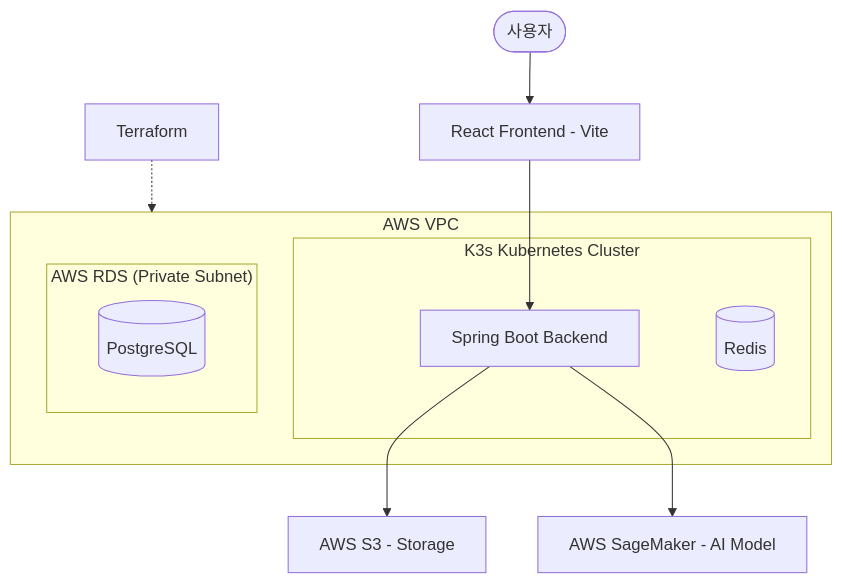
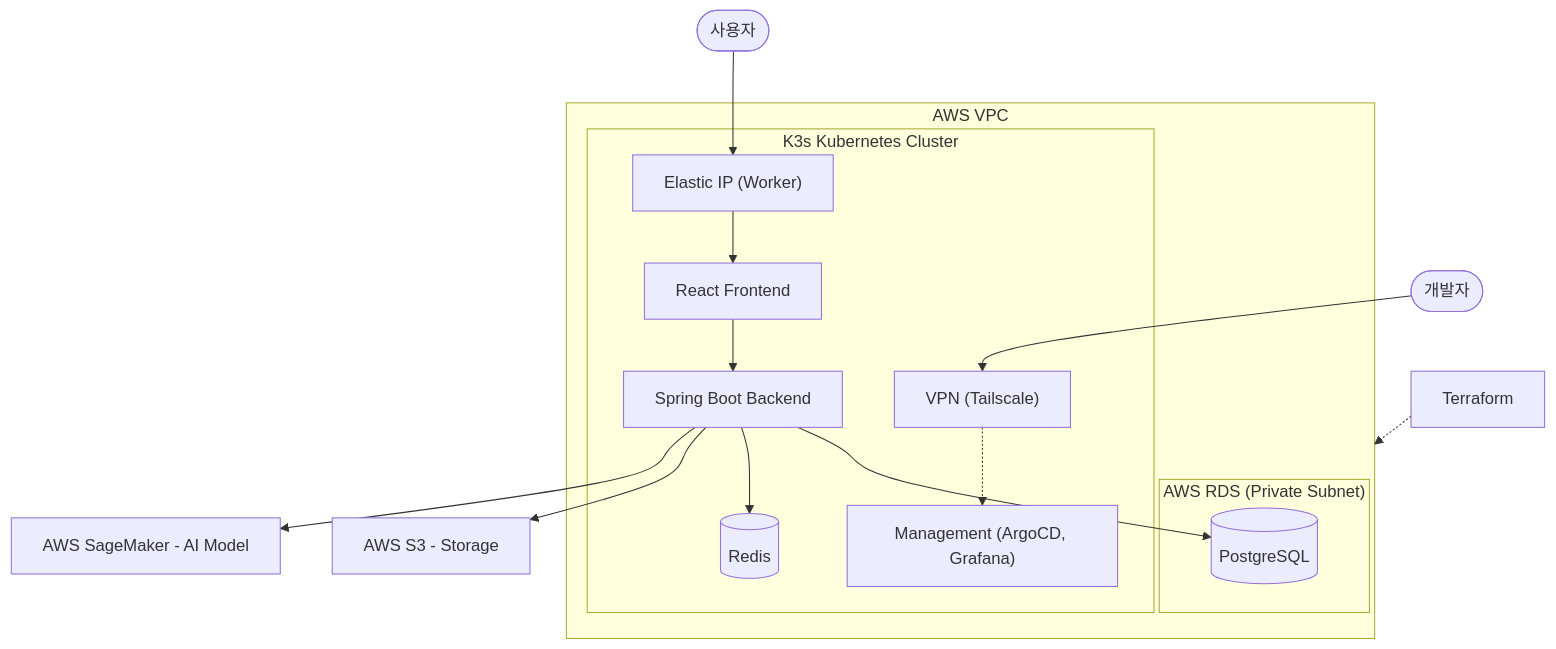
Before and after one commit to woosung142/Gloc-key: the diagram in README.md, drawn with Mermaid.

Commit message:
docs: 시스템 워크플로우 수정

````diff
--- a/README.md
+++ b/README.md
@@ -11,21 +11,26 @@
 ```mermaid
 graph TD
-    User([사용자]) --> Frontend[React Frontend - Vite]
-    Frontend --> API[Spring Boot Backend]
+    User([사용자]) --> EIP["Elastic IP (Worker)"]
+    Developer([개발자]) --> VPN["VPN (Tailscale)"]
     
     subgraph AWS_VPC["AWS VPC"]
         subgraph K3s_Cluster["K3s Kubernetes Cluster"]
-            API
+            EIP --> Frontend[React Frontend]
+            Frontend --> API[Spring Boot Backend]
             Redis[(Redis)]
+            
+            VPN -.-> Management["Management (ArgoCD, Grafana)"]
         end
         
         subgraph DB_Private["AWS RDS (Private Subnet)"]
             DB[(PostgreSQL)]
         end
     end
     
+    API --> DB
+    API --> Redis
     API --> S3[AWS S3 - Storage]
     API --> SageMaker[AWS SageMaker - AI Model]
     
     Terraform[Terraform] -.-> AWS_VPC
 ```
````
